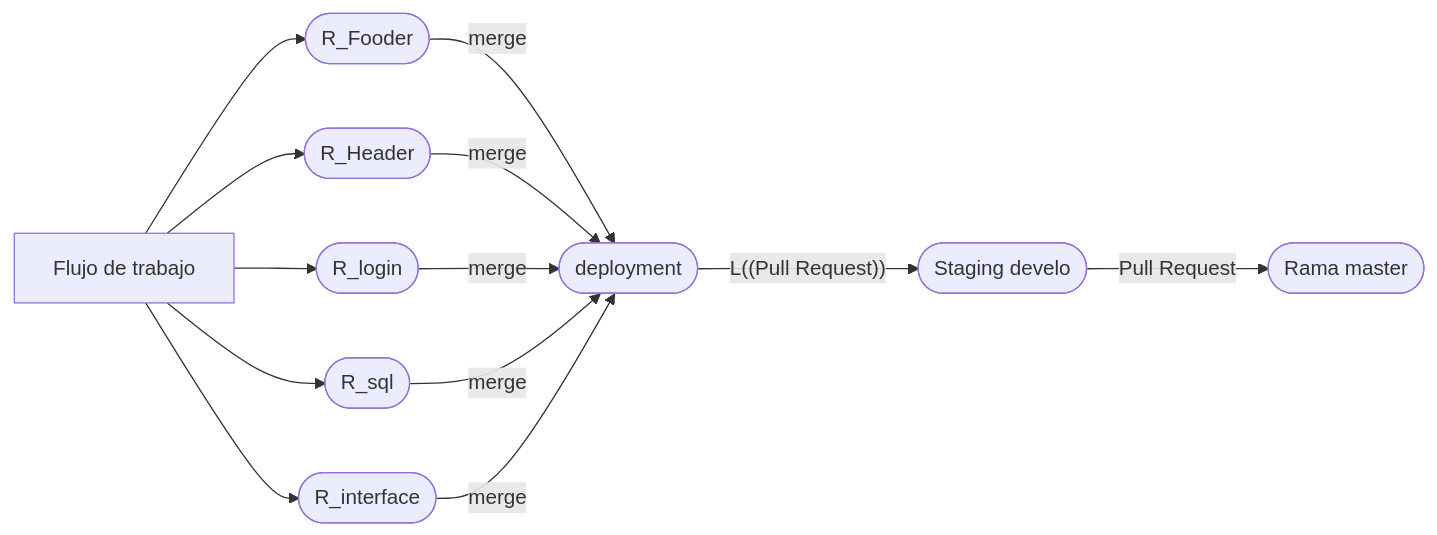
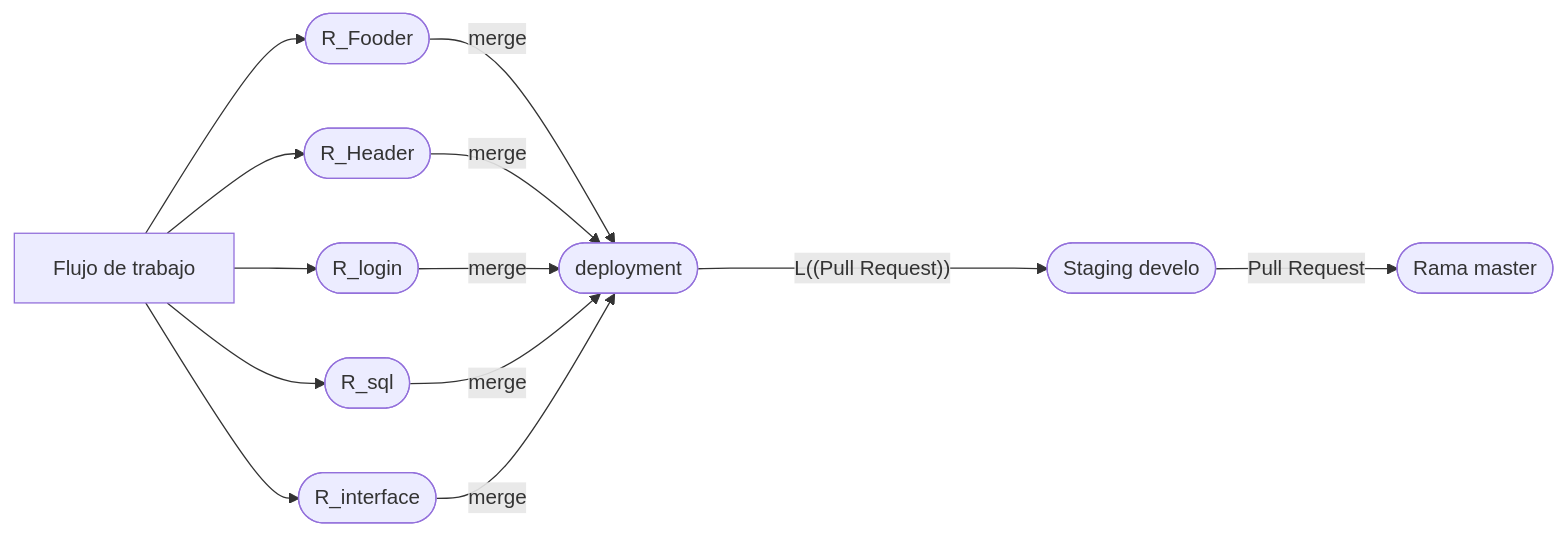
Before and after one commit to dczinil/git: the third of 3 diagrams in Notas_del_curso_de_git.md, drawn with Mermaid. The commit also changed other lines of this file, not shown here.

````diff
--- a/Notas_del_curso_de_git.md
+++ b/Notas_del_curso_de_git.md
@@ -253,10 +253,10 @@
 ```mermaid
 
 graph LR
 A[Flujo de trabajo]-->B([R_Fooder])--merge-->H
 A[Flujo de trabajo]-->C([R_Header])--merge-->H
 A[Flujo de trabajo]-->D([R_login])--merge-->H
 A[Flujo de trabajo]-->E([R_sql])--merge-->H
 A[Flujo de trabajo]-->G([R_interface])--merge-->H
-H([deployment])--L((Pull Request))-->I([Staging  develo])--Pull Request-->K([Rama master])
+H([deployment])--L((Pull Request))---->I([Staging  develo])--Pull Request-->K([Rama master])
 ```
````
